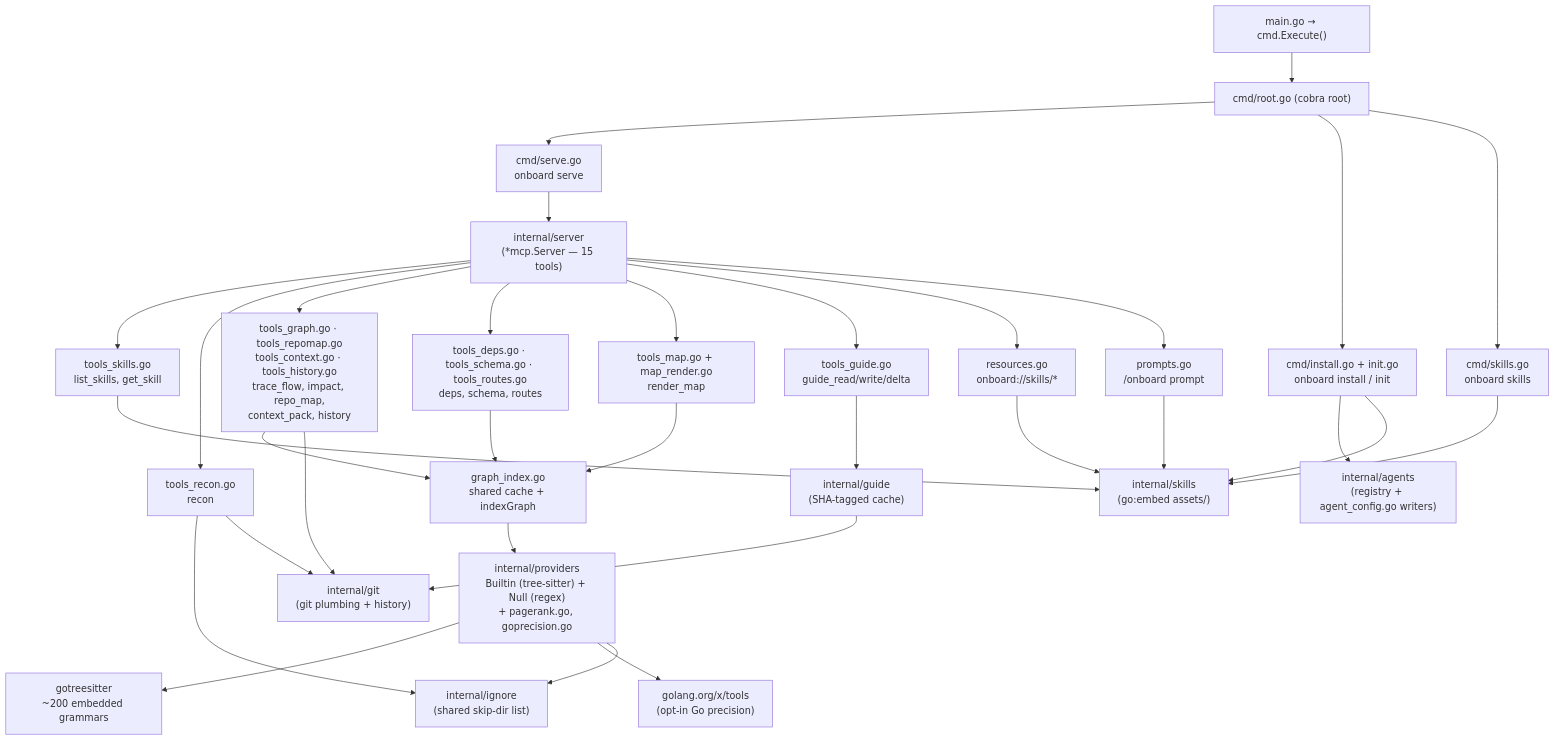
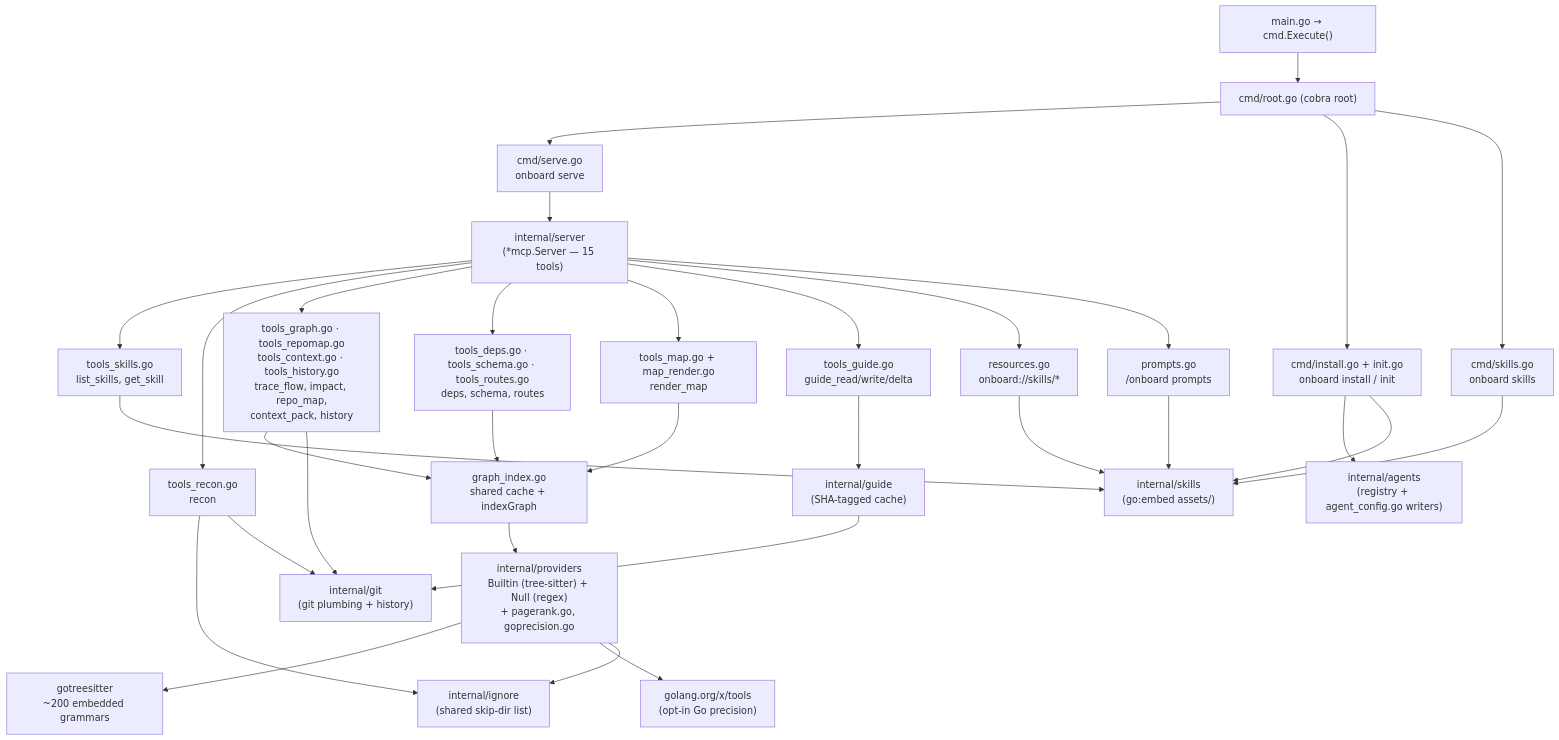
Before and after one commit to VerifiedOrganic/onboard: the diagram in docs/architecture.md, drawn with Mermaid. The commit also changed other lines of this file and 44 other files, not shown here.

````diff
--- a/docs/architecture.md
+++ b/docs/architecture.md
@@ -60,41 +60,41 @@
 ```mermaid
 flowchart TD
     main["main.go → cmd.Execute()"] --> root["cmd/root.go (cobra root)"]
 
     root --> serve["cmd/serve.go<br/>onboard serve"]
     root --> install["cmd/install.go + init.go<br/>onboard install / init"]
     root --> skillscmd["cmd/skills.go<br/>onboard skills"]
 
     serve --> srv["internal/server<br/>(*mcp.Server — 15 tools)"]
     srv --> toolsSkills["tools_skills.go<br/>list_skills, get_skill"]
     srv --> recon["tools_recon.go<br/>recon"]
     srv --> graphTools["tools_graph.go · tools_repomap.go<br/>tools_context.go · tools_history.go<br/>trace_flow, impact, repo_map,<br/>context_pack, history"]
     srv --> extractors["tools_deps.go · tools_schema.go · tools_routes.go<br/>deps, schema, routes"]
     srv --> mapTool["tools_map.go + map_render.go<br/>render_map"]
     srv --> guideTools["tools_guide.go<br/>guide_read/write/delta"]
     srv --> resources["resources.go<br/>onboard://skills/*"]
-    srv --> prompt["prompts.go<br/>/onboard prompt"]
+    srv --> prompt["prompts.go<br/>/onboard prompts"]
 
     graphTools --> idx["graph_index.go<br/>shared cache + indexGraph"]
     extractors --> idx
     mapTool --> idx
     idx --> providers["internal/providers<br/>Builtin (tree-sitter) + Null (regex)<br/>+ pagerank.go, goprecision.go"]
     providers --> gts["gotreesitter<br/>~200 embedded grammars"]
     providers --> xtools["golang.org/x/tools<br/>(opt-in Go precision)"]
 
     recon --> ignore["internal/ignore<br/>(shared skip-dir list)"]
     providers --> ignore
 
     toolsSkills --> skills["internal/skills<br/>(go:embed assets/)"]
     resources --> skills
     prompt --> skills
 
     graphTools --> git["internal/git<br/>(git plumbing + history)"]
     recon --> git
     guideTools --> guide["internal/guide<br/>(SHA-tagged cache)"]
     guide --> git
 
     install --> agents["internal/agents<br/>(registry + agent_config.go writers)"]
     install --> skills
     skillscmd --> skills
 ```
````
